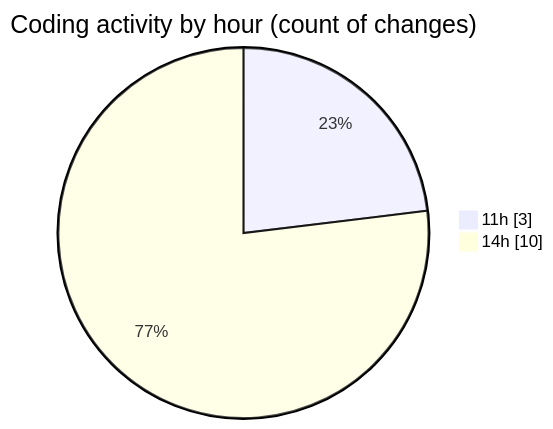
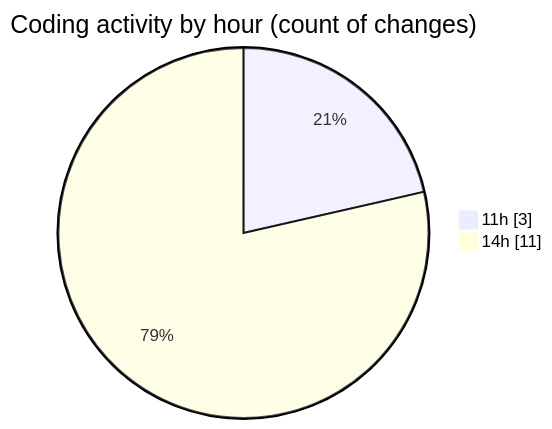
One commit to charlie-sans/code-tracking changed the second of 2 diagrams in 2025-04-30/masm-lsp/README.md. Above: the diagram before and after it, drawn with Mermaid. The commit also changed other lines of this file and 1 other file, not shown here.

````diff
--- a/2025-04-30/masm-lsp/README.md
+++ b/2025-04-30/masm-lsp/README.md
@@ -31,6 +31,6 @@
 ```mermaid
 pie showData
 title Coding activity by hour (count of changes)
 "11h" : 3
-"14h" : 10
+"14h" : 11
 ```
````
